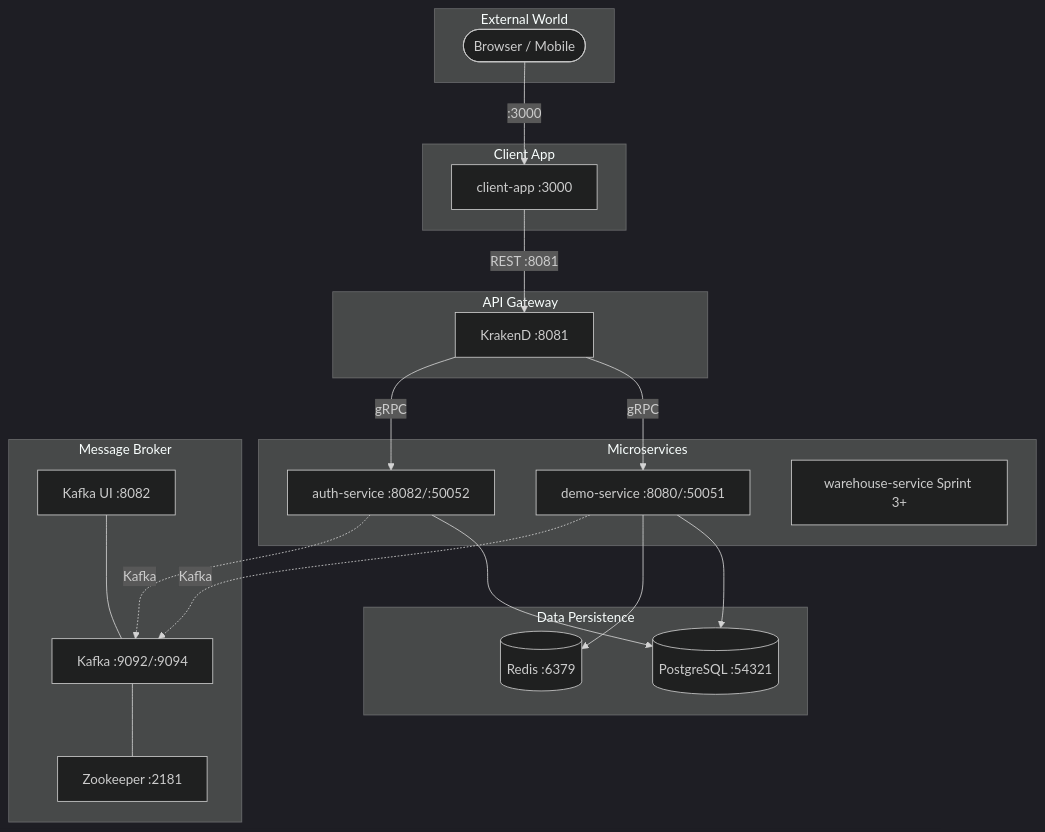
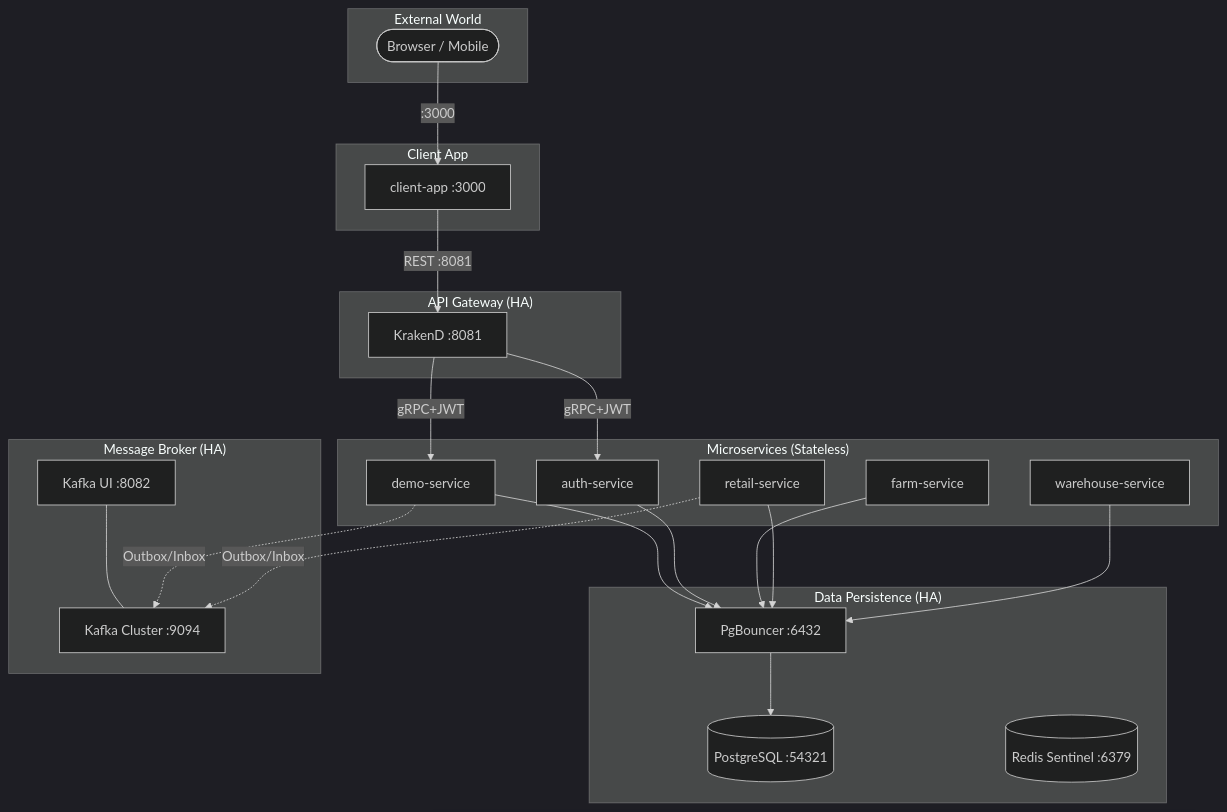
The diagram in docs/architecture/01_system_blueprint.md (dungxbuif/RuntimeRoasters), drawn with Mermaid (dark theme) before and after one commit. The commit also changed other lines of this file and 40 other files, not shown here.

````diff
--- a/docs/architecture/01_system_blueprint.md
+++ b/docs/architecture/01_system_blueprint.md
@@ -36,43 +33,47 @@
 ```mermaid
 graph TB
     subgraph "External World"
         Browser([Browser / Mobile])
     end
 
     subgraph "Client App"
         CA[client-app :3000]
     end
 
-    subgraph "API Gateway"
+    subgraph "API Gateway (HA)"
         GW[KrakenD :8081]
     end
 
-    subgraph "Microservices"
-        DS[demo-service :8080/:50051]
-        AS[auth-service :8082/:50052]
-        WS[warehouse-service Sprint 3+]
+    subgraph "Microservices (Stateless)"
+        DS[demo-service]
+        AS[auth-service]
+        FS[farm-service]
+        RS[retail-service]
+        WS[warehouse-service]
     end
 
-    subgraph "Data Persistence"
+    subgraph "Data Persistence (HA)"
+        PB[PgBouncer :6432]
         PG[(PostgreSQL :54321)]
-        RD[(Redis :6379)]
+        RD[(Redis Sentinel :6379)]
+        PB --> PG
     end
 
-    subgraph "Message Broker"
-        KF[Kafka :9092/:9094]
-        ZK[Zookeeper :2181]
+    subgraph "Message Broker (HA)"
+        KF[Kafka Cluster :9094]
         KUI[Kafka UI :8082]
         KUI --- KF
-        KF --- ZK
     end
 
     Browser -->|:3000| CA
     CA -->|REST :8081| GW
-    GW -->|gRPC| DS
-    GW -->|gRPC| AS
-    DS --> PG
-    DS --> RD
-    AS --> PG
-    DS -.->|Kafka| KF
-    AS -.->|Kafka| KF
+    GW -->|gRPC+JWT| DS
+    GW -->|gRPC+JWT| AS
+    DS --> PB
+    AS --> PB
+    FS --> PB
+    RS --> PB
+    WS --> PB
+    DS -.->|Outbox/Inbox| KF
+    RS -.->|Outbox/Inbox| KF
 ```
````
